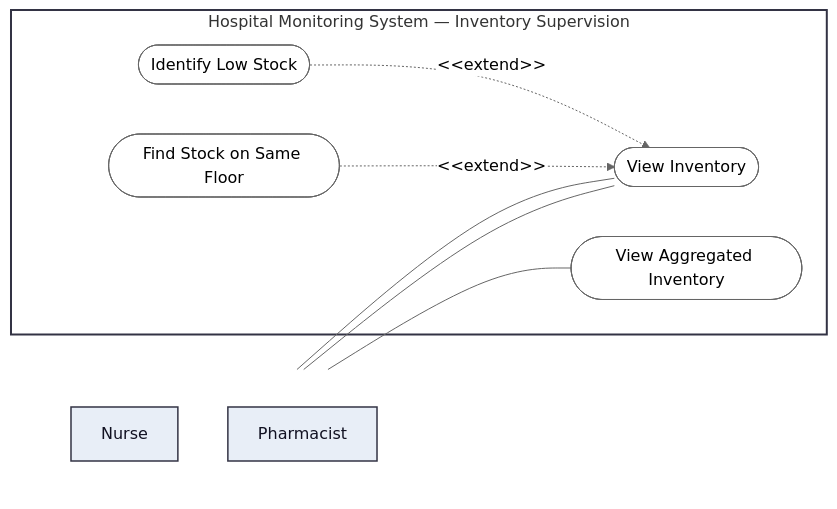
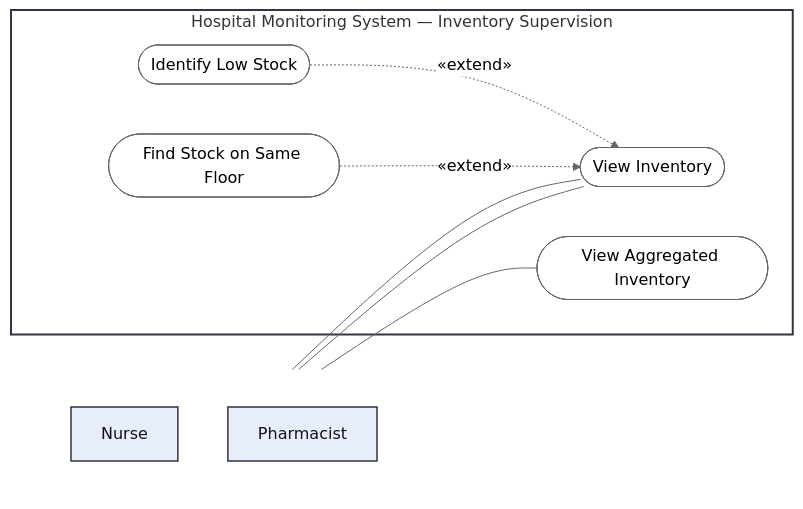
Before and after one commit to LukaMrt/3K04-project: the fourth of 6 diagrams in docs/part-b/diagrams/use-case-diagram.md, drawn with Mermaid (neutral theme). The commit also changed other lines of this file, not shown here.

````diff
--- a/docs/part-b/diagrams/use-case-diagram.md
+++ b/docs/part-b/diagrams/use-case-diagram.md
@@ -149,29 +149,29 @@
 ```mermaid
 flowchart LR
     subgraph Actors[" "]
         direction TB
         Nurse["Nurse"]
         Pharmacist["Pharmacist"]
     end
 
     subgraph MS["Hospital Monitoring System — Inventory Supervision"]
         ViewInv(["View Inventory"])
         LowStock(["Identify Low Stock"])
         SameFloor(["Find Stock on Same Floor"])
         ViewAggInv(["View Aggregated Inventory"])
     end
 
     Nurse --- ViewInv
     Pharmacist --- ViewInv
     Pharmacist --- ViewAggInv
 
-    LowStock -. "&lt;&lt;extend&gt;&gt;" .-> ViewInv
-    SameFloor -. "&lt;&lt;extend&gt;&gt;" .-> ViewInv
+    LowStock -. "«extend»" .-> ViewInv
+    SameFloor -. "«extend»" .-> ViewInv
 
     classDef actor fill:#e8eef7,stroke:#334,stroke-width:1.5px,color:#112;
     classDef usecase fill:#fff,stroke:#666,stroke-width:1px;
     class Nurse,Pharmacist actor;
     class ViewInv,LowStock,SameFloor,ViewAggInv usecase;
     style Actors fill:none,stroke:none;
     style MS fill:none,stroke:#334,stroke-width:2px;
 ```
````
